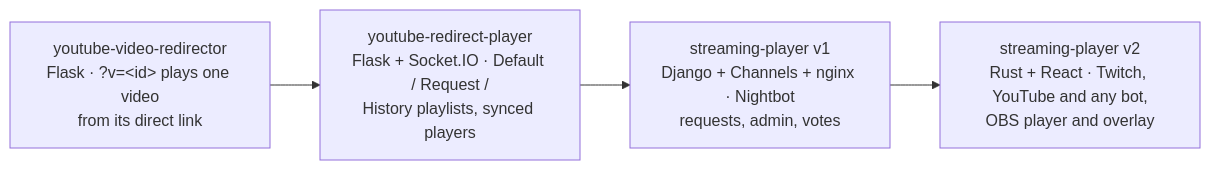
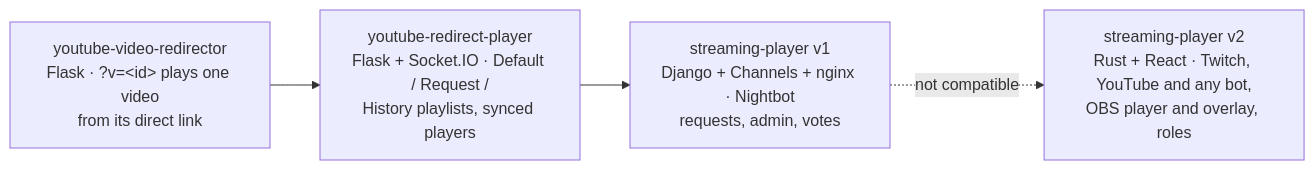
One commit to NatLee/streaming-player changed the third of 3 diagrams in README.md. Above: the diagram before and after it, drawn with Mermaid. The commit also changed other lines of this file and 8 other files, not shown here.

````diff
--- a/README.md
+++ b/README.md
@@ -193,6 +232,6 @@
 ```mermaid
 flowchart LR
   A["youtube-video-redirector<br/>Flask · ?v=&lt;id&gt; plays one video<br/>from its direct link"] --> B["youtube-redirect-player<br/>Flask + Socket.IO · Default / Request /<br/>History playlists, synced players"]
   B --> C["streaming-player v1<br/>Django + Channels + nginx · Nightbot<br/>requests, admin, votes"]
-  C --> D["streaming-player v2<br/>Rust + React · Twitch, YouTube and any bot,<br/>OBS player and overlay"]
+  C -. "not compatible" .-> D["streaming-player v2<br/>Rust + React · Twitch, YouTube and any bot,<br/>OBS player and overlay, roles"]
 ```
````
